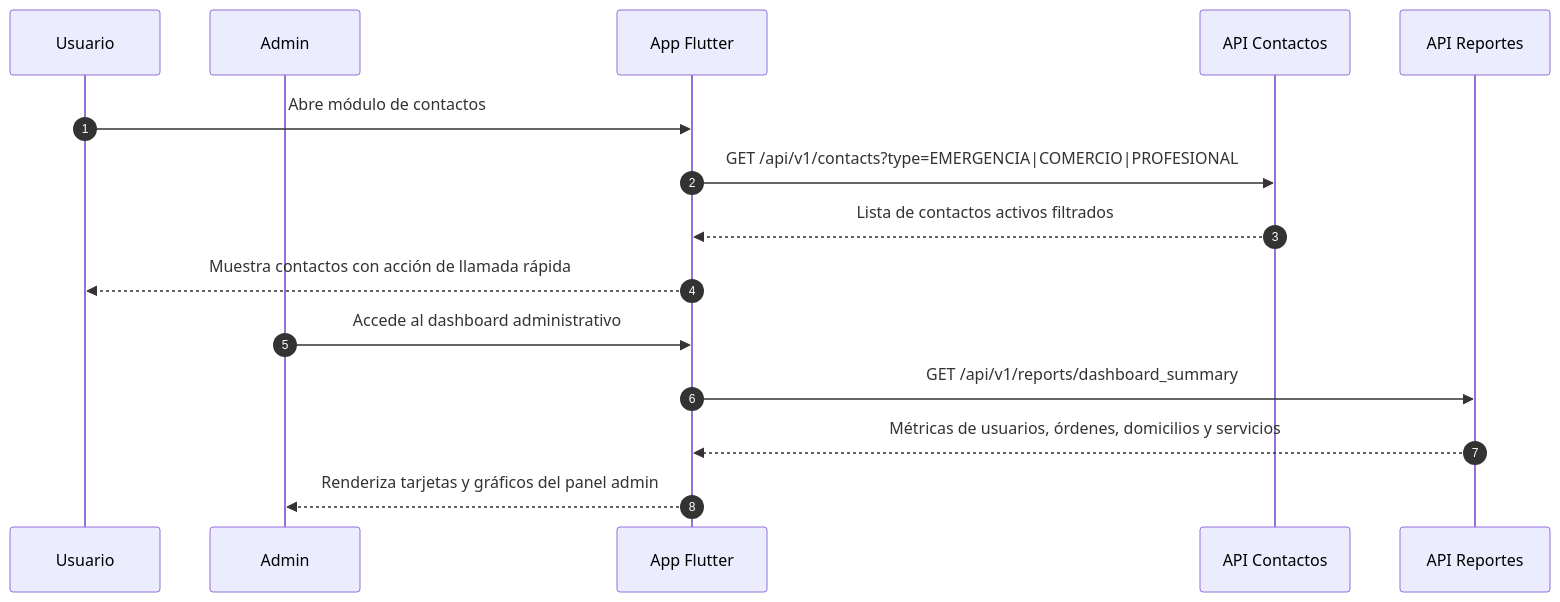
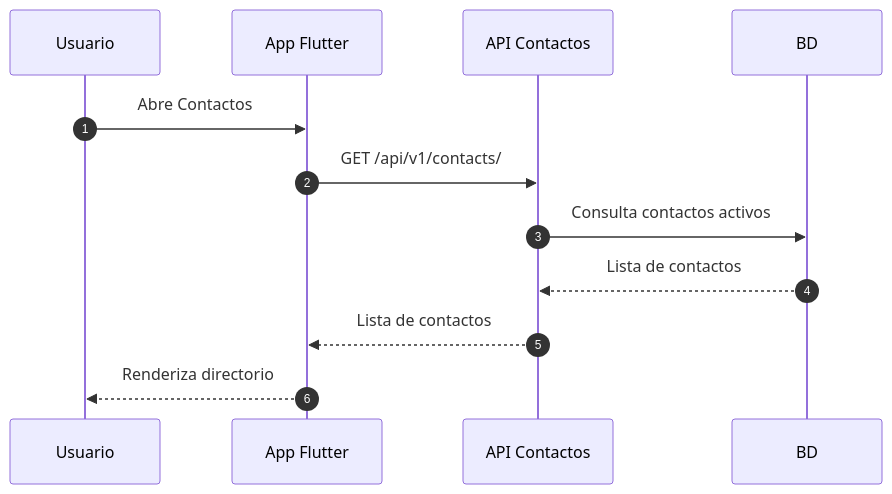
Diagram 20 of 42 in Documento_Desarrollo_Runners.md (Karatsuyu/Runners), drawn with Mermaid before and after one commit. The commit also changed other lines of this file and 4 other files, not shown here.

Commit message:
docs: sync runners documentation and flows

````diff
--- a/Documento_Desarrollo_Runners.md
+++ b/Documento_Desarrollo_Runners.md
@@ -1653,19 +2121,15 @@
 ```mermaid
 sequenceDiagram
     autonumber
     participant U as Usuario
-    participant Adm as Admin
     participant F as App Flutter
     participant CAPI as API Contactos
-    participant RAPI as API Reportes
+    participant DB as BD
 
-    U->>F: Abre módulo de contactos
-    F->>CAPI: GET /api/v1/contacts?type=EMERGENCIA|COMERCIO|PROFESIONAL
-    CAPI-->>F: Lista de contactos activos filtrados
-    F-->>U: Muestra contactos con acción de llamada rápida
-
-    Adm->>F: Accede al dashboard administrativo
-    F->>RAPI: GET /api/v1/reports/dashboard_summary
-    RAPI-->>F: Métricas de usuarios, órdenes, domicilios y servicios
-    F-->>Adm: Renderiza tarjetas y gráficos del panel admin
+    U->>F: Abre Contactos
+    F->>CAPI: GET /api/v1/contacts/
+    CAPI->>DB: Consulta contactos activos
+    DB-->>CAPI: Lista de contactos
+    CAPI-->>F: Lista de contactos
+    F-->>U: Renderiza directorio
 ```
````
